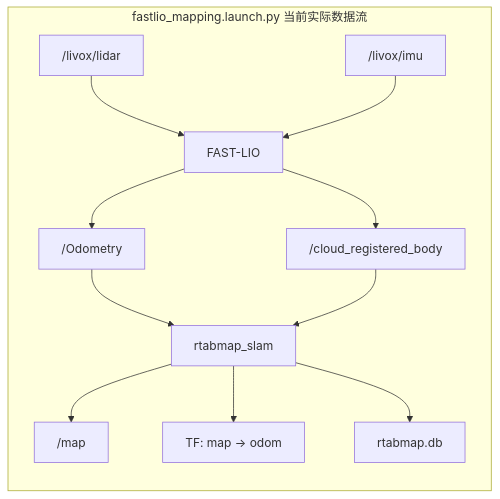
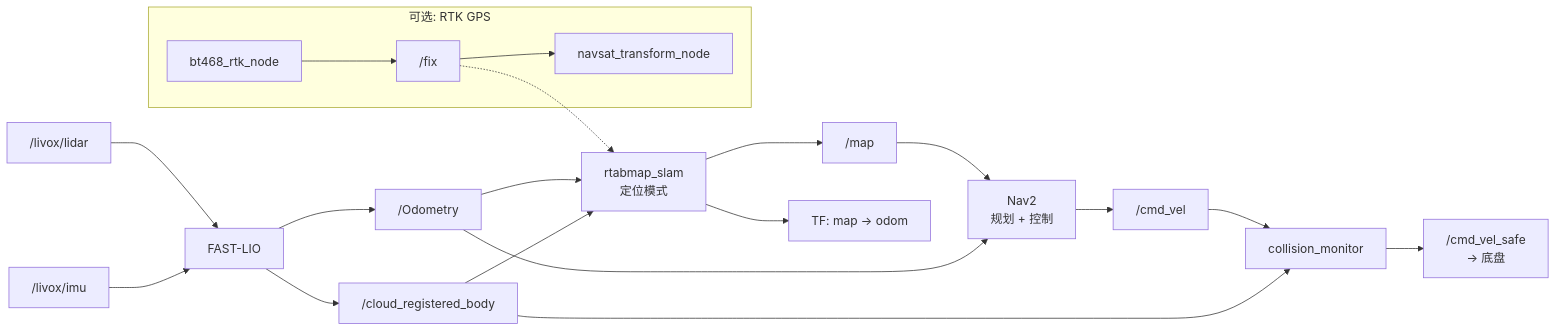
The second of 2 diagrams in README.md (aqing520/rtabmap_nav2_stack), drawn with Mermaid before and after one commit. The commit also changed other lines of this file and 3 other files, not shown here.

````diff
--- a/README.md
+++ b/README.md
@@ -89,16 +119,27 @@
 ```mermaid
 flowchart LR
-    subgraph A["fastlio_mapping.launch.py 当前实际数据流"]
-        CLOUD["/livox/lidar"] --> FASTLIO["FAST-LIO"]
-        IMU1["/livox/imu"] --> FASTLIO
-        FASTLIO --> ODOM["/Odometry"]
-        FASTLIO --> CLOUD_REG["/cloud_registered_body"]
+    CLOUD["/livox/lidar"] --> FASTLIO["FAST-LIO"]
+    IMU["/livox/imu"] --> FASTLIO
+    FASTLIO --> ODOM["/Odometry"]
+    FASTLIO --> CLOUD_REG["/cloud_registered_body"]
 
-        ODOM --> SLAM["rtabmap_slam"]
-        CLOUD_REG --> SLAM
-        SLAM --> MAP["/map"]
-        SLAM --> TF1["TF: map → odom"]
-        SLAM --> DB1["rtabmap.db"]
+    ODOM --> SLAM["rtabmap_slam\n定位模式"]
+    CLOUD_REG --> SLAM
+    SLAM --> MAP["/map"]
+    SLAM --> TF_MAP["TF: map → odom"]
+
+    MAP --> NAV2["Nav2\n规划 + 控制"]
+    ODOM --> NAV2
+    NAV2 --> CMD["/cmd_vel"]
+
+    CMD --> CM["collision_monitor"]
+    CLOUD_REG --> CM
+    CM --> CMD_SAFE["/cmd_vel_safe\n→ 底盘"]
+
+    subgraph GPS_OPT["可选: RTK GPS"]
+        RTK["bt468_rtk_node"] --> FIX["/fix"]
+        FIX --> NAVSAT["navsat_transform_node"]
     end
 
+    FIX -.-> SLAM
 ```
````
